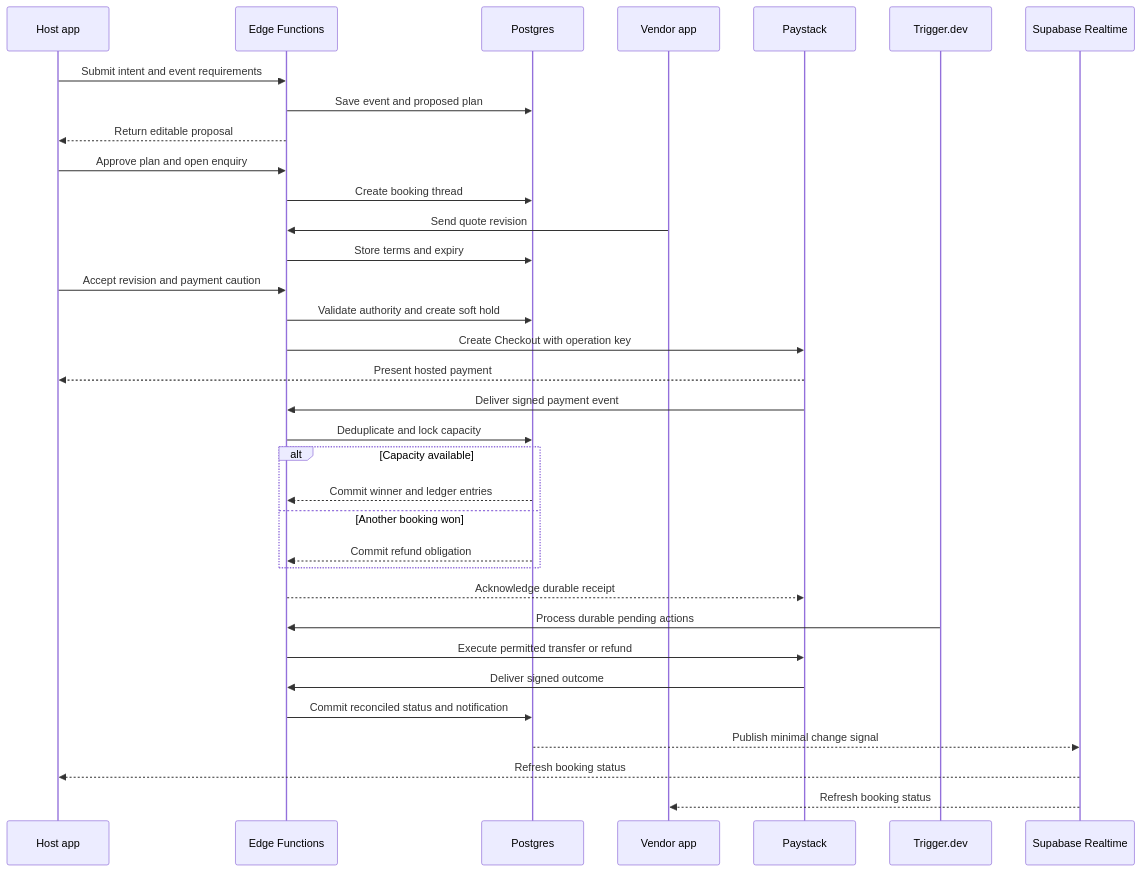
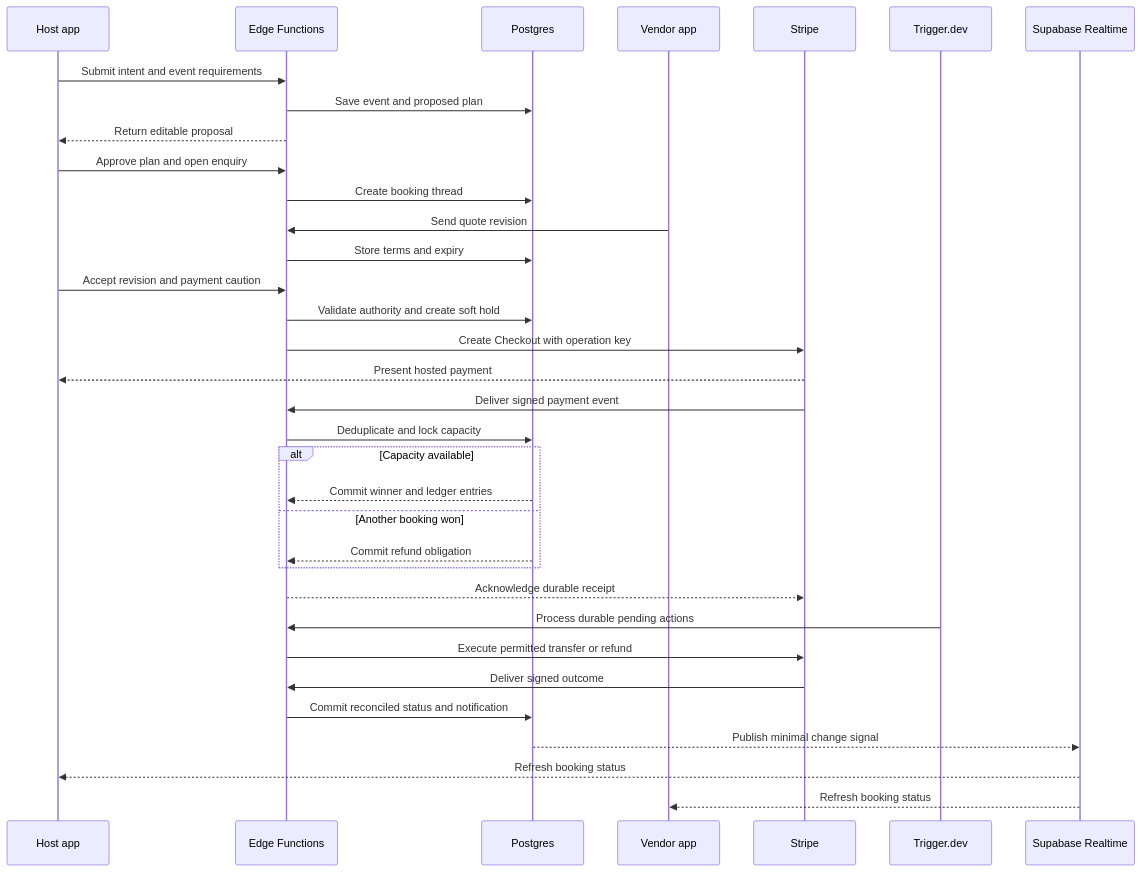
The fourth of 4 diagrams in blueprint/architecture.md (TheLionKing7/Owanbe), drawn with Mermaid before and after one commit. The commit also changed other lines of this file, not shown here.

````diff
--- a/blueprint/architecture.md
+++ b/blueprint/architecture.md
@@ -139,36 +139,36 @@
 ```mermaid
 sequenceDiagram
 participant H as Host app
 participant A as Edge Functions
 participant D as Postgres
 participant V as Vendor app
-participant S as Paystack
+participant S as Stripe
 participant J as Trigger.dev
 participant R as Supabase Realtime
 H->>A: Submit intent and event requirements
 A->>D: Save event and proposed plan
 A-->>H: Return editable proposal
 H->>A: Approve plan and open enquiry
 A->>D: Create booking thread
 V->>A: Send quote revision
 A->>D: Store terms and expiry
 H->>A: Accept revision and payment caution
 A->>D: Validate authority and create soft hold
 A->>S: Create Checkout with operation key
 S-->>H: Present hosted payment
 S->>A: Deliver signed payment event
 A->>D: Deduplicate and lock capacity
 alt Capacity available
 D-->>A: Commit winner and ledger entries
 else Another booking won
 D-->>A: Commit refund obligation
 end
 A-->>S: Acknowledge durable receipt
 J->>A: Process durable pending actions
 A->>S: Execute permitted transfer or refund
 S->>A: Deliver signed outcome
 A->>D: Commit reconciled status and notification
 D-->>R: Publish minimal change signal
 R-->>H: Refresh booking status
 R-->>V: Refresh booking status
 ```
````
